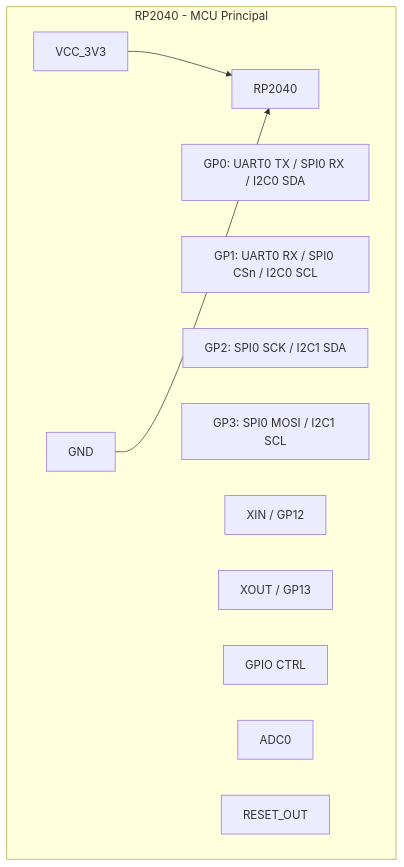
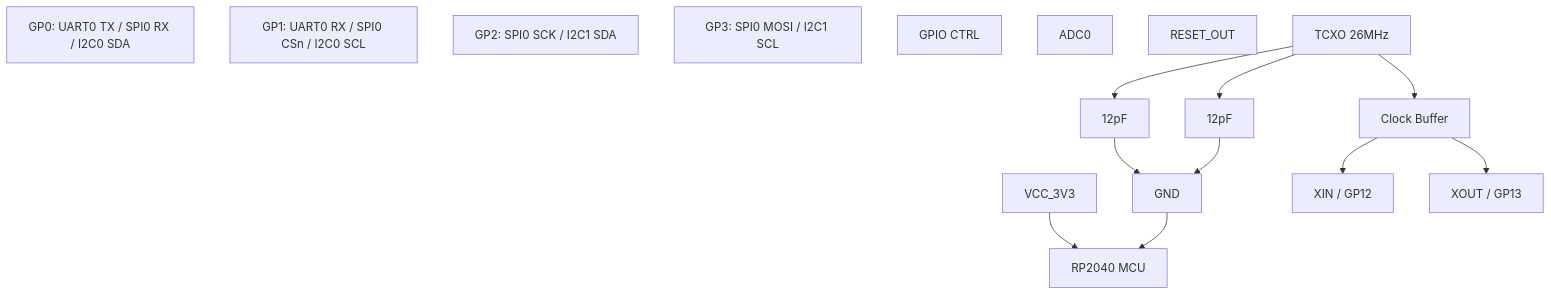
Before and after one commit to morteerror404/Goitaca-Hacker-HUB: the first of 7 diagrams in Squemas/subdivisões/RF/diagrama de conexão.md, drawn with Mermaid. The commit also changed other lines of this file, not shown here.

````diff
--- a/Squemas/subdivisões/RF/diagrama de conexão.md
+++ b/Squemas/subdivisões/RF/diagrama de conexão.md
@@ -10,17 +9,26 @@
 ```mermaid
-%% -------------------- Módulo RP2040 --------------------
 graph TD
-    subgraph MCU_RP2040["RP2040 - MCU Principal"]
-        VCC_3V3 --> RP2040
-        GND --> RP2040
-        RP2040_GP0["GP0: UART0 TX / SPI0 RX / I2C0 SDA"]
-        RP2040_GP1["GP1: UART0 RX / SPI0 CSn / I2C0 SCL"]
-        RP2040_GP2["GP2: SPI0 SCK / I2C1 SDA"]
-        RP2040_GP3["GP3: SPI0 MOSI / I2C1 SCL"]
-        RP2040_GP12["XIN / GP12"]
-        RP2040_GP13["XOUT / GP13"]
-        RP2040_GP22["GPIO CTRL"]
-        RP2040_GP26["ADC0"]
-        RP2040_RST["RESET_OUT"]
-    end
+    %% =============================
+    %% MCU RP2040
+    %% =============================
+    RP2040["RP2040 MCU"]
+    VCC_3V3 --> RP2040
+    GND --> RP2040
+
+    RP2040_GP0["GP0: UART0 TX / SPI0 RX / I2C0 SDA"]
+    RP2040_GP1["GP1: UART0 RX / SPI0 CSn / I2C0 SCL"]
+    RP2040_GP2["GP2: SPI0 SCK / I2C1 SDA"]
+    RP2040_GP3["GP3: SPI0 MOSI / I2C1 SCL"]
+    RP2040_GP12["XIN / GP12"]
+    RP2040_GP13["XOUT / GP13"]
+    RP2040_GP22["GPIO CTRL"]
+    RP2040_GP26["ADC0"]
+    RP2040_RST["RESET_OUT"]
+
+    %% Clock externo
+    TCXO["TCXO 26MHz"] --> C11["12pF"] --> GND
+    TCXO --> C12["12pF"] --> GND
+    TCXO --> CLK_BUF["Clock Buffer"]
+    CLK_BUF --> RP2040_GP12
+    CLK_BUF --> RP2040_GP13
 ```
````
